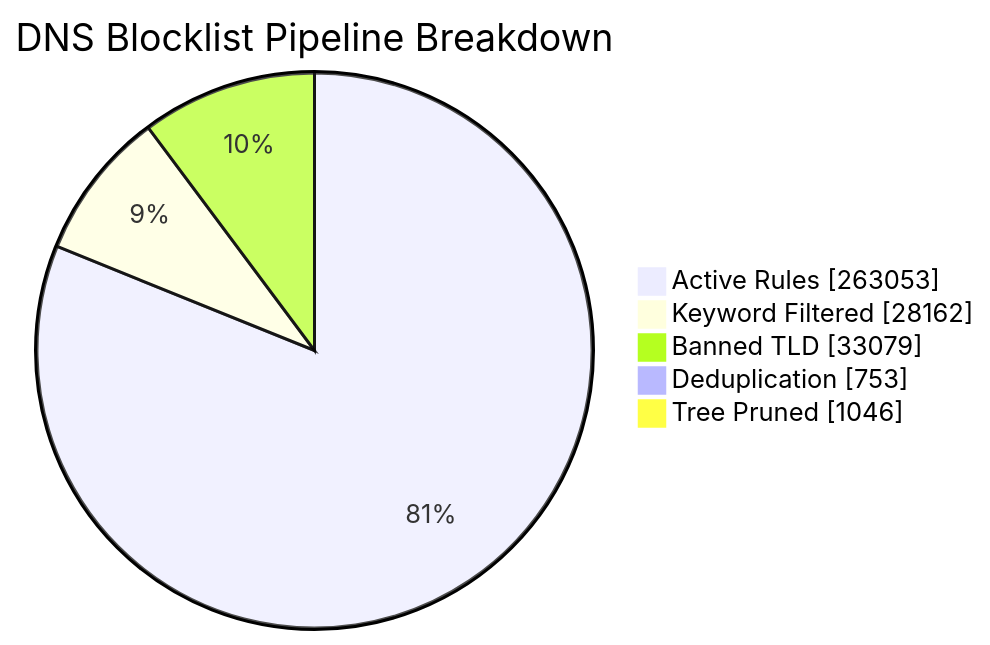
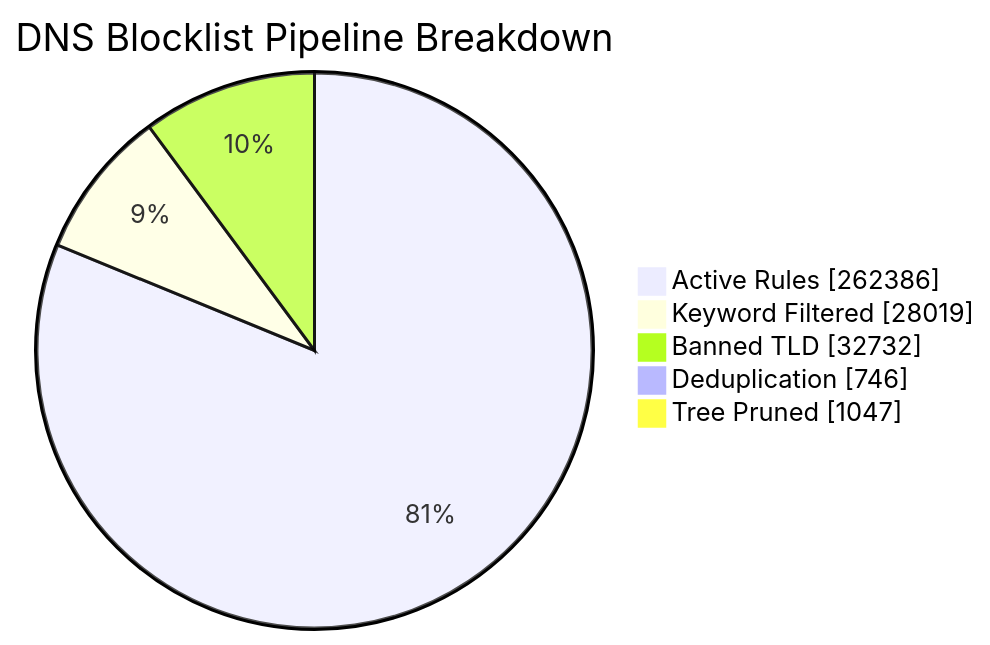
The first of 6 diagrams in README_STATS.md (brojangles24/Cloudflare-ZeroTrust-AdBlock), drawn with Mermaid before and after one commit. The commit also changed other lines of this file and 1 other file, not shown here.

````diff
--- a/README_STATS.md
+++ b/README_STATS.md
@@ -41,8 +41,8 @@
 ```mermaid
 pie showData title DNS Blocklist Pipeline Breakdown
-    "Active Rules"     : 263053
-    "Keyword Filtered" : 28162
-    "Banned TLD"       : 33079
-    "Deduplication"    : 753
-    "Tree Pruned"      : 1046
+    "Active Rules"     : 262386
+    "Keyword Filtered" : 28019
+    "Banned TLD"       : 32732
+    "Deduplication"    : 746
+    "Tree Pruned"      : 1047
 ```
````
